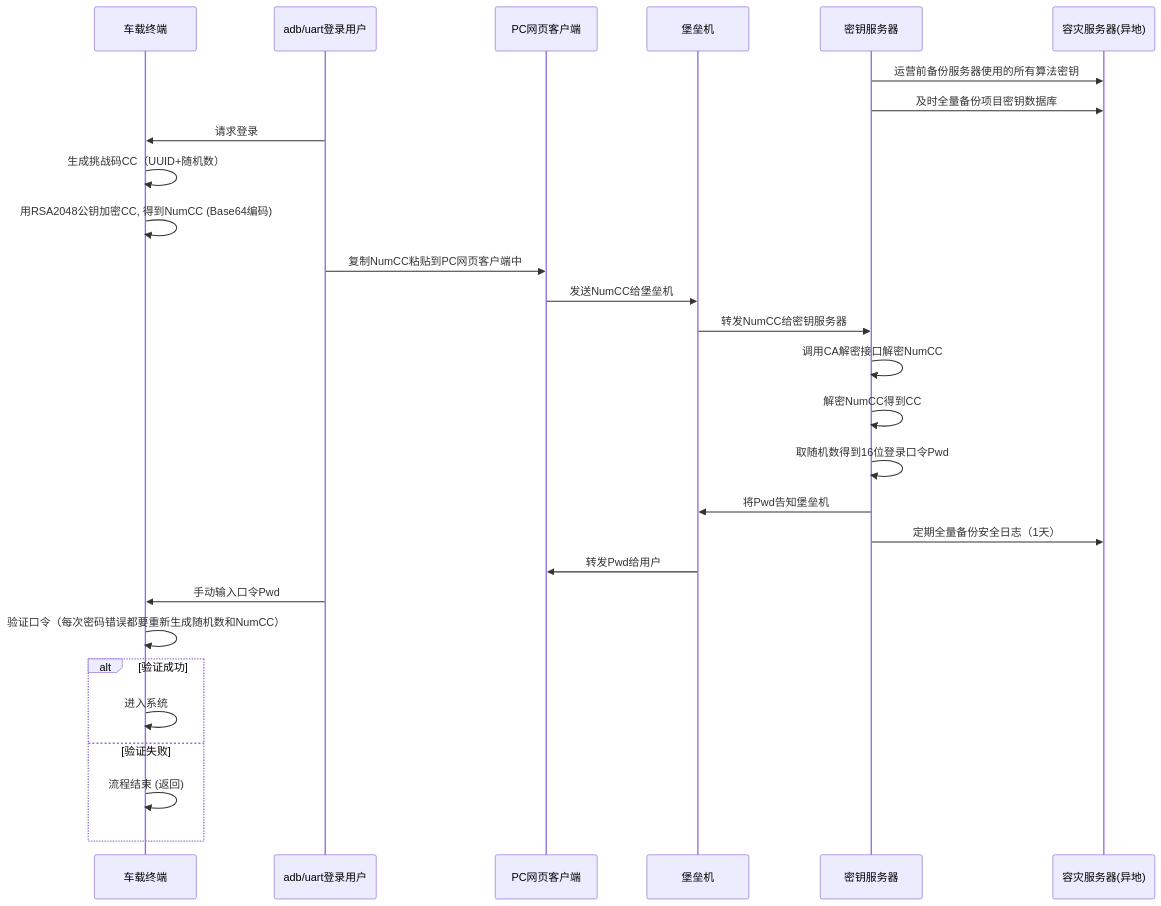
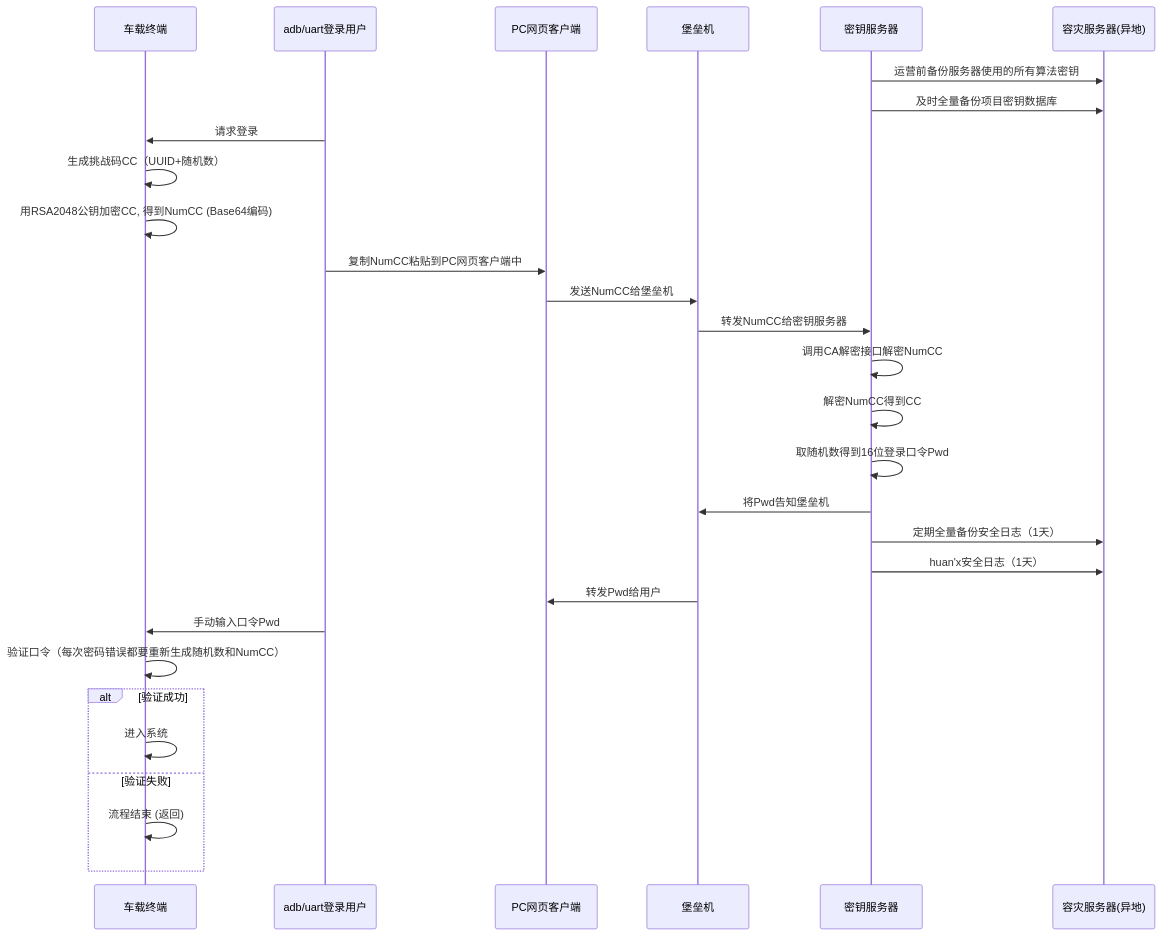
One commit to facebook-cloud/iodraw-files changed the diagram in all/未命名-19.md. Above: the diagram before and after it, drawn with Mermaid.

Commit message:
2026-03-16 16:47:49 update

````diff
--- a/all/未命名-19.md
+++ b/all/未命名-19.md
@@ -1,36 +1,36 @@
 ```mermaid
 sequenceDiagram
     participant tbox as 车载终端
     participant user as adb/uart登录用户
     participant pc as PC网页客户端
     participant bastion as 堡垒机
     participant tech_center as 密钥服务器
     participant backup as 容灾服务器(异地)
   
     tech_center->>backup: 运营前备份服务器使用的所有算法密钥
     tech_center->>backup: 及时全量备份项目密钥数据库
 
     user->>tbox: 请求登录
     tbox->>tbox: 生成挑战码CC（UUID+随机数）
     tbox->>tbox: 用RSA2048公钥加密CC, 得到NumCC (Base64编码)
     user->>pc: 复制NumCC粘贴到PC网页客户端中
     pc->>bastion: 发送NumCC给堡垒机
     bastion->>tech_center: 转发NumCC给密钥服务器
     tech_center->>tech_center: 调用CA解密接口解密NumCC
     tech_center->>tech_center: 解密NumCC得到CC
     tech_center->>tech_center: 取随机数得到16位登录口令Pwd
     tech_center->>bastion: 将Pwd告知堡垒机
 
     tech_center->>backup: 定期全量备份安全日志（1天）
-    
+    tech_center->>backup: huan'x安全日志（1天）
     bastion->>pc: 转发Pwd给用户
     user->>tbox: 手动输入口令Pwd
     tbox->>tbox: 验证口令（每次密码错误都要重新生成随机数和NumCC）
     alt 验证成功
         tbox->>tbox: 进入系统
     else 验证失败
         tbox->>tbox: 流程结束 (返回)
     end
 
 
 ```
````
